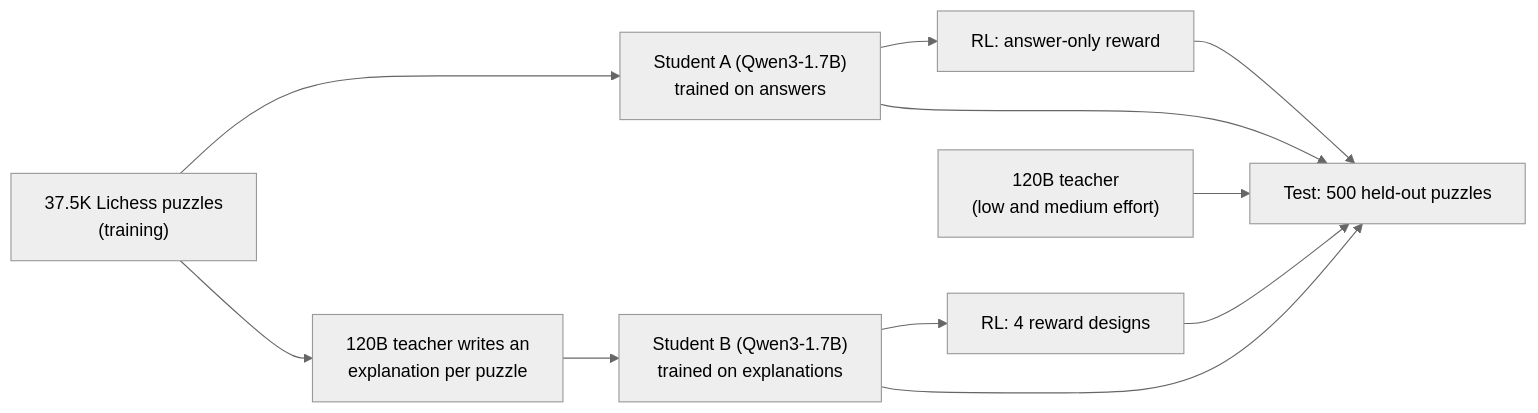
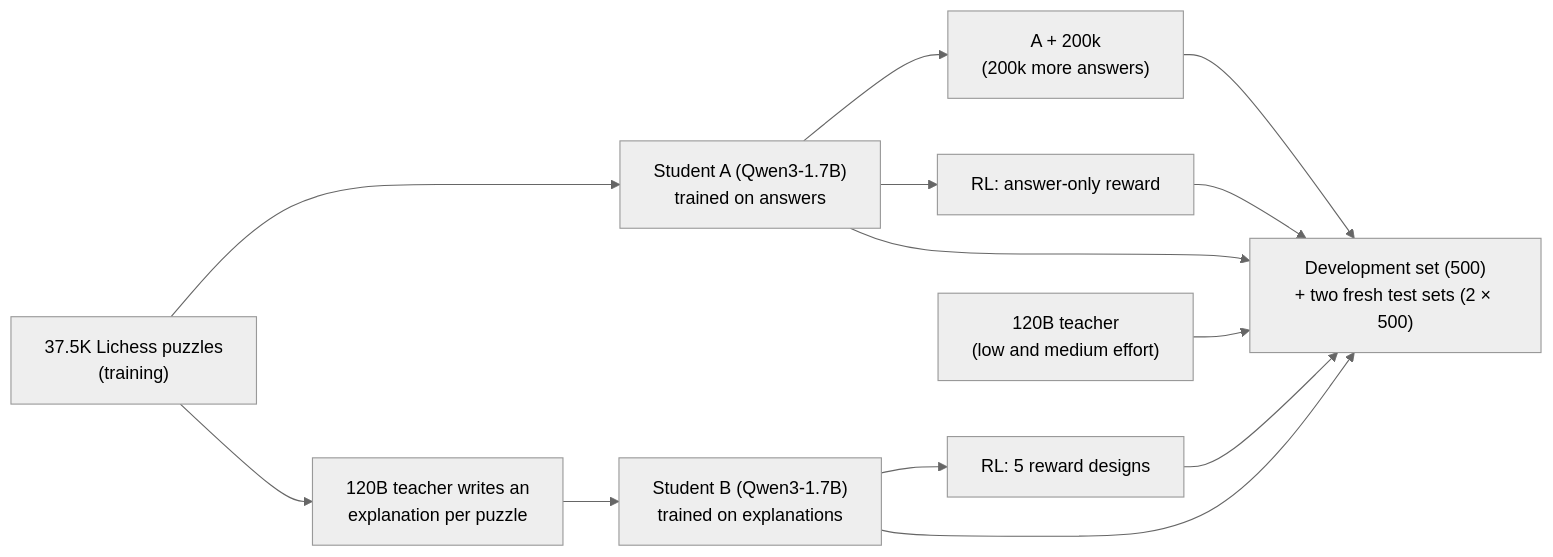
The diagram in README.md (zainbabar/chess-distillation), drawn with Mermaid (neutral theme) before and after one commit. The commit also changed other lines of this file and 25 other files, not shown here.

````diff
--- a/README.md
+++ b/README.md
@@ -87,9 +90,10 @@
 ```mermaid
 flowchart LR
     L["37.5K Lichess puzzles<br/>(training)"] --> A["Student A (Qwen3-1.7B)<br/>trained on answers"]
     L --> W["120B teacher writes an<br/>explanation per puzzle"] --> B["Student B (Qwen3-1.7B)<br/>trained on explanations"]
+    A --> A2["A + 200k<br/>(200k more answers)"]
     A --> RA["RL: answer-only reward"]
-    B --> RB["RL: 4 reward designs"]
-    Q["120B teacher<br/>(low and medium effort)"] --> T["Test: 500 held-out puzzles"]
-    A & B & RA & RB --> T
+    B --> RB["RL: 5 reward designs"]
+    Q["120B teacher<br/>(low and medium effort)"] --> T["Development set (500)<br/>+ two fresh test sets (2 × 500)"]
+    A & A2 & B & RA & RB --> T
 ```
````
